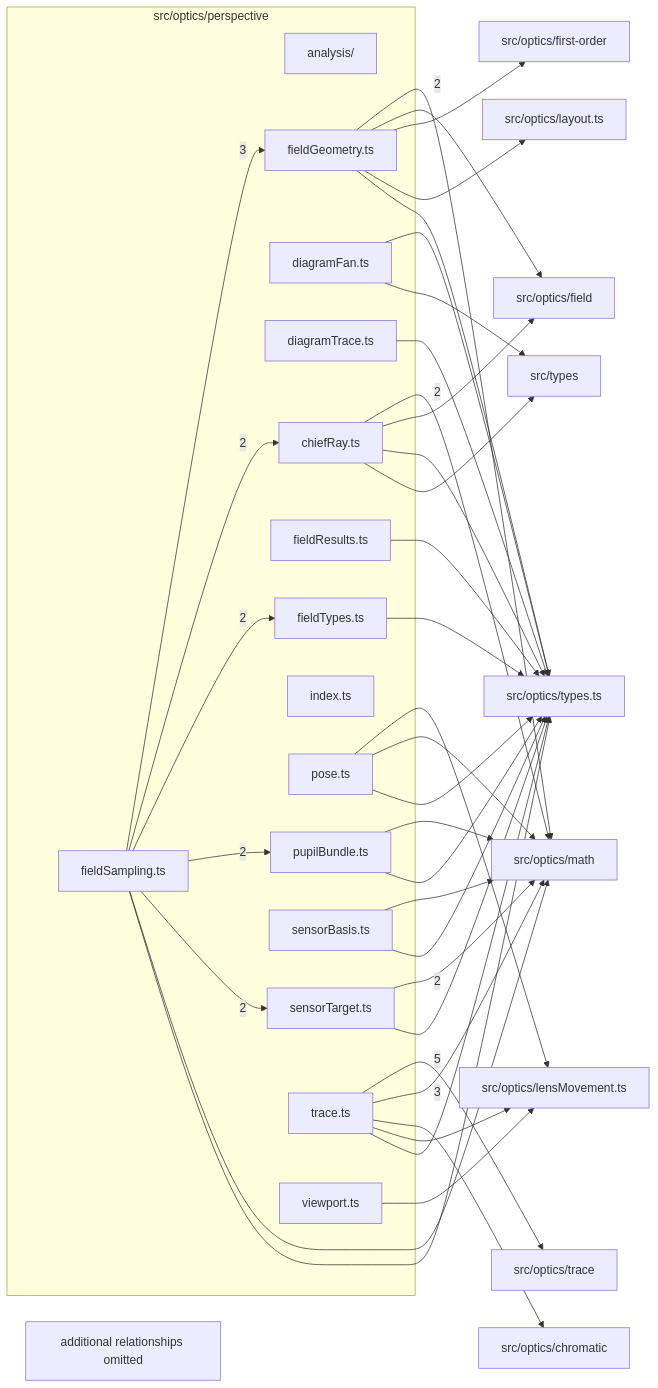
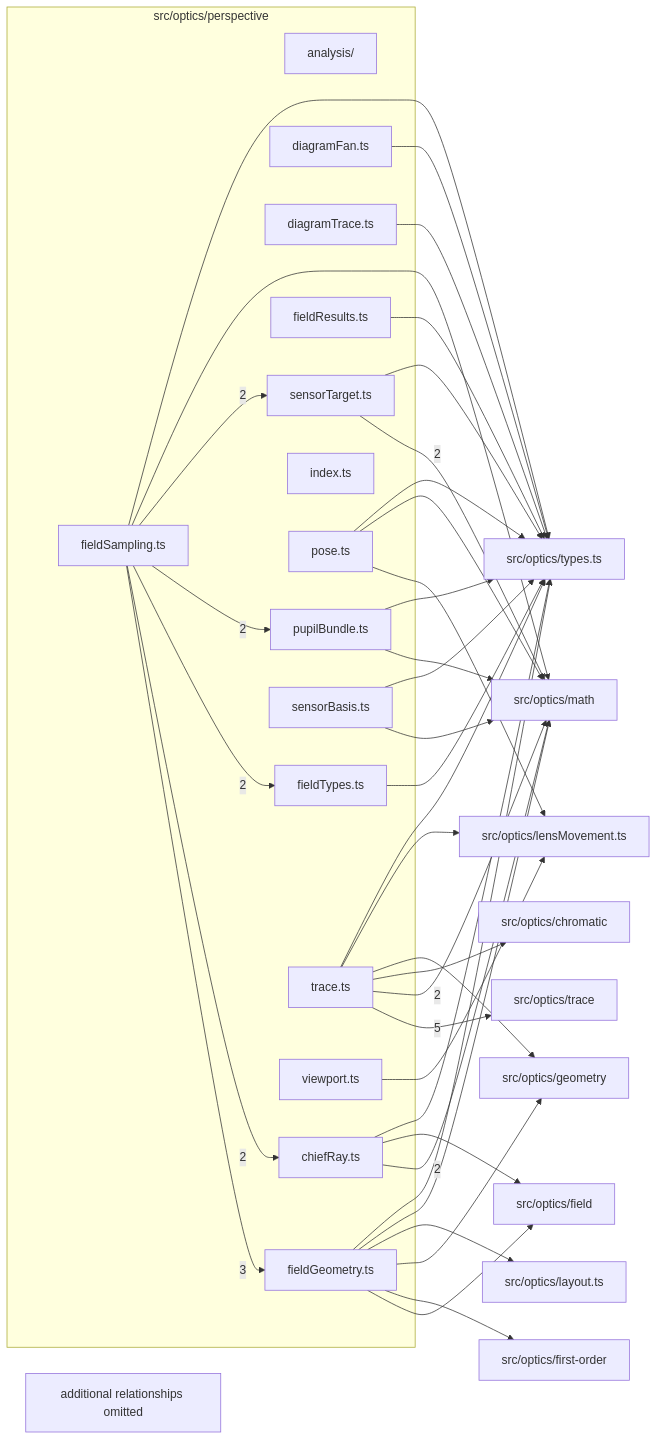
One commit to ronbuening/LensVisualizer changed the diagram in src/optics/perspective/readme.md. Above: the diagram before and after it, drawn with Mermaid. The commit also changed other lines of this file and 26 other files, not shown here.

````diff
--- a/src/optics/perspective/readme.md
+++ b/src/optics/perspective/readme.md
@@ -9,66 +9,66 @@
 ```mermaid
 flowchart LR
   subgraph n_src_optics_perspective["src/optics/perspective"]
     n_src_optics_perspective_src_optics_perspective_analysis["analysis/"]
     n_src_optics_perspective_src_optics_perspective_chiefRay_ts["chiefRay.ts"]
     n_src_optics_perspective_src_optics_perspective_diagramFan_ts["diagramFan.ts"]
     n_src_optics_perspective_src_optics_perspective_diagramTrace_ts["diagramTrace.ts"]
     n_src_optics_perspective_src_optics_perspective_fieldGeometry_ts["fieldGeometry.ts"]
     n_src_optics_perspective_src_optics_perspective_fieldResults_ts["fieldResults.ts"]
     n_src_optics_perspective_src_optics_perspective_fieldSampling_ts["fieldSampling.ts"]
     n_src_optics_perspective_src_optics_perspective_fieldTypes_ts["fieldTypes.ts"]
     n_src_optics_perspective_src_optics_perspective_index_ts["index.ts"]
     n_src_optics_perspective_src_optics_perspective_pose_ts["pose.ts"]
     n_src_optics_perspective_src_optics_perspective_pupilBundle_ts["pupilBundle.ts"]
     n_src_optics_perspective_src_optics_perspective_sensorBasis_ts["sensorBasis.ts"]
     n_src_optics_perspective_src_optics_perspective_sensorTarget_ts["sensorTarget.ts"]
     n_src_optics_perspective_src_optics_perspective_trace_ts["trace.ts"]
     n_src_optics_perspective_src_optics_perspective_viewport_ts["viewport.ts"]
   end
   n_external_src_optics_trace["src/optics/trace"]
   n_external_src_optics_math["src/optics/math"]
   n_external_src_optics_chromatic["src/optics/chromatic"]
   n_external_src_optics_field["src/optics/field"]
   n_external_src_optics_first_order["src/optics/first-order"]
+  n_external_src_optics_geometry["src/optics/geometry"]
   n_external_src_optics_layout_ts["src/optics/layout.ts"]
   n_external_src_optics_lensMovement_ts["src/optics/lensMovement.ts"]
   n_external_src_optics_types_ts["src/optics/types.ts"]
-  n_external_src_types["src/types"]
   n_src_optics_perspective_src_optics_perspective_trace_ts --> |5| n_external_src_optics_trace
-  n_src_optics_perspective_src_optics_perspective_trace_ts --> |3| n_external_src_optics_math
   n_src_optics_perspective_src_optics_perspective_fieldSampling_ts --> |3| n_src_optics_perspective_src_optics_perspective_fieldGeometry_ts
   n_src_optics_perspective_src_optics_perspective_chiefRay_ts --> |2| n_external_src_optics_math
-  n_src_optics_perspective_src_optics_perspective_fieldGeometry_ts --> |2| n_external_src_optics_math
   n_src_optics_perspective_src_optics_perspective_sensorTarget_ts --> |2| n_external_src_optics_math
+  n_src_optics_perspective_src_optics_perspective_trace_ts --> |2| n_external_src_optics_math
   n_src_optics_perspective_src_optics_perspective_fieldSampling_ts --> |2| n_src_optics_perspective_src_optics_perspective_chiefRay_ts
   n_src_optics_perspective_src_optics_perspective_fieldSampling_ts --> |2| n_src_optics_perspective_src_optics_perspective_fieldTypes_ts
   n_src_optics_perspective_src_optics_perspective_fieldSampling_ts --> |2| n_src_optics_perspective_src_optics_perspective_pupilBundle_ts
   n_src_optics_perspective_src_optics_perspective_fieldSampling_ts --> |2| n_src_optics_perspective_src_optics_perspective_sensorTarget_ts
   n_src_optics_perspective_src_optics_perspective_trace_ts --> n_external_src_optics_chromatic
   n_src_optics_perspective_src_optics_perspective_chiefRay_ts --> n_external_src_optics_field
   n_src_optics_perspective_src_optics_perspective_fieldGeometry_ts --> n_external_src_optics_field
   n_src_optics_perspective_src_optics_perspective_fieldGeometry_ts --> n_external_src_optics_first_order
+  n_src_optics_perspective_src_optics_perspective_fieldGeometry_ts --> n_external_src_optics_geometry
+  n_src_optics_perspective_src_optics_perspective_trace_ts --> n_external_src_optics_geometry
   n_src_optics_perspective_src_optics_perspective_fieldGeometry_ts --> n_external_src_optics_layout_ts
   n_src_optics_perspective_src_optics_perspective_pose_ts --> n_external_src_optics_lensMovement_ts
   n_src_optics_perspective_src_optics_perspective_trace_ts --> n_external_src_optics_lensMovement_ts
   n_src_optics_perspective_src_optics_perspective_viewport_ts --> n_external_src_optics_lensMovement_ts
+  n_src_optics_perspective_src_optics_perspective_fieldGeometry_ts --> n_external_src_optics_math
   n_src_optics_perspective_src_optics_perspective_fieldSampling_ts --> n_external_src_optics_math
   n_src_optics_perspective_src_optics_perspective_pose_ts --> n_external_src_optics_math
   n_src_optics_perspective_src_optics_perspective_pupilBundle_ts --> n_external_src_optics_math
   n_src_optics_perspective_src_optics_perspective_sensorBasis_ts --> n_external_src_optics_math
   n_src_optics_perspective_src_optics_perspective_chiefRay_ts --> n_external_src_optics_types_ts
   n_src_optics_perspective_src_optics_perspective_diagramFan_ts --> n_external_src_optics_types_ts
   n_src_optics_perspective_src_optics_perspective_diagramTrace_ts --> n_external_src_optics_types_ts
   n_src_optics_perspective_src_optics_perspective_fieldGeometry_ts --> n_external_src_optics_types_ts
   n_src_optics_perspective_src_optics_perspective_fieldResults_ts --> n_external_src_optics_types_ts
   n_src_optics_perspective_src_optics_perspective_fieldSampling_ts --> n_external_src_optics_types_ts
   n_src_optics_perspective_src_optics_perspective_fieldTypes_ts --> n_external_src_optics_types_ts
   n_src_optics_perspective_src_optics_perspective_pose_ts --> n_external_src_optics_types_ts
   n_src_optics_perspective_src_optics_perspective_pupilBundle_ts --> n_external_src_optics_types_ts
   n_src_optics_perspective_src_optics_perspective_sensorBasis_ts --> n_external_src_optics_types_ts
   n_src_optics_perspective_src_optics_perspective_sensorTarget_ts --> n_external_src_optics_types_ts
   n_src_optics_perspective_src_optics_perspective_trace_ts --> n_external_src_optics_types_ts
-  n_src_optics_perspective_src_optics_perspective_chiefRay_ts --> n_external_src_types
-  n_src_optics_perspective_src_optics_perspective_diagramFan_ts --> n_external_src_types
   n_src_optics_perspective_truncated["additional relationships omitted"]
 ```
````
